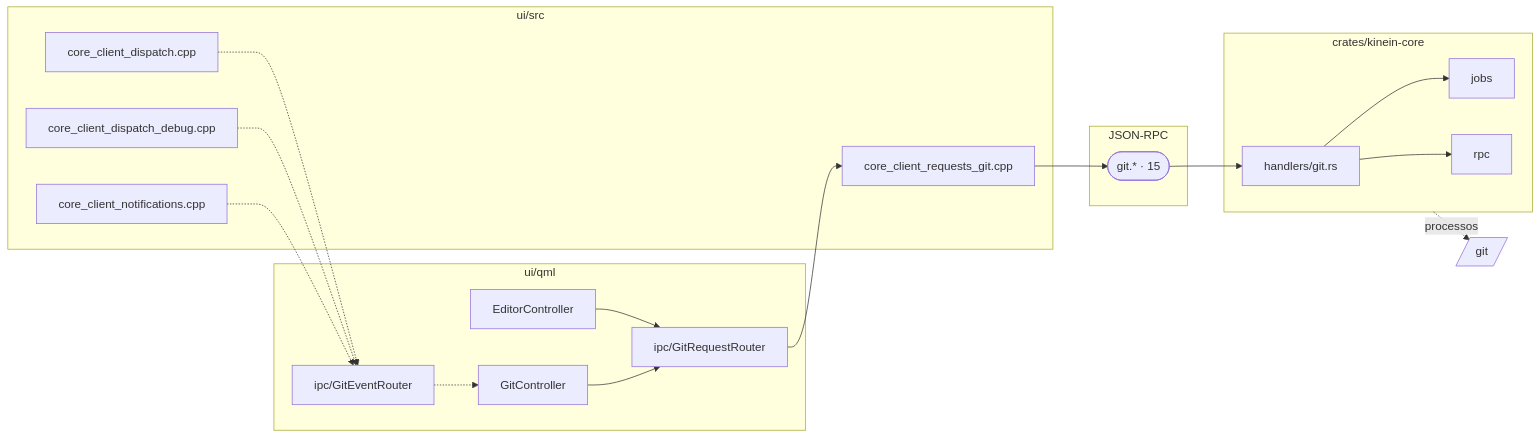
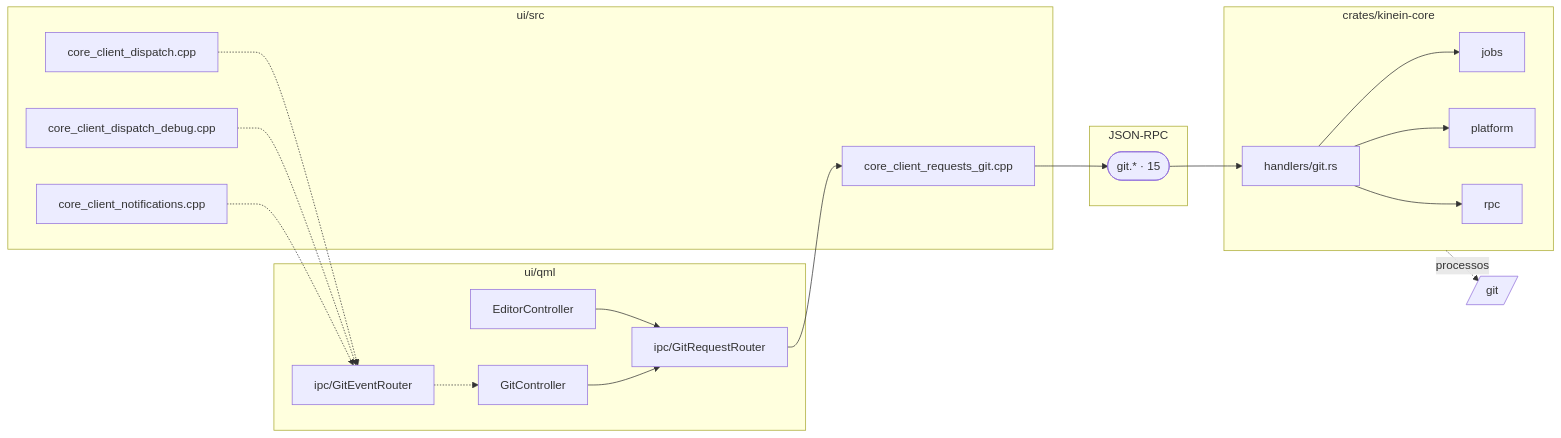
The seventh of 16 diagrams in DocsPublic/arquitetura/01-mapa-de-modulos.md (ViktorWalde/KineinVectis), drawn with Mermaid before and after one commit. The commit also changed other lines of this file and 80 other files, not shown here.

````diff
--- a/DocsPublic/arquitetura/01-mapa-de-modulos.md
+++ b/DocsPublic/arquitetura/01-mapa-de-modulos.md
@@ -617,36 +634,38 @@
 ```mermaid
 flowchart LR
   subgraph QML["ui/qml"]
     n_ui_qml_editor_EditorController_qml["EditorController"]
     n_ui_qml_git_GitController_qml["GitController"]
     n_ui_qml_ipc_GitRequestRouter_qml["ipc/GitRequestRouter"]
     n_ui_qml_ipc_GitEventRouter_qml["ipc/GitEventRouter"]
   end
   subgraph CPP["ui/src"]
     n_ui_src_core_client_dispatch_cpp["core_client_dispatch.cpp"]
     n_ui_src_core_client_dispatch_debug_cpp["core_client_dispatch_debug.cpp"]
     n_ui_src_core_client_notifications_cpp["core_client_notifications.cpp"]
     n_ui_src_core_client_requests_git_cpp["core_client_requests_git.cpp"]
   end
   subgraph IPC["JSON-RPC"]
     n_ipc_git(["git.* · 15"])
   end
   subgraph CORE["crates/kinein-core"]
     n_crates_kinein_core_src_handlers_git_rs["handlers/git.rs"]
     n_core_jobs[jobs]
+    n_core_platform[platform]
     n_core_rpc[rpc]
   end
   n_tools_git[/"git"/]
   n_ui_qml_editor_EditorController_qml --> n_ui_qml_ipc_GitRequestRouter_qml
   n_ui_qml_git_GitController_qml --> n_ui_qml_ipc_GitRequestRouter_qml
   n_ui_qml_ipc_GitEventRouter_qml -.-> n_ui_qml_git_GitController_qml
   n_ui_qml_ipc_GitRequestRouter_qml --> n_ui_src_core_client_requests_git_cpp
   n_ui_src_core_client_dispatch_cpp -.-> n_ui_qml_ipc_GitEventRouter_qml
   n_ui_src_core_client_dispatch_debug_cpp -.-> n_ui_qml_ipc_GitEventRouter_qml
   n_ui_src_core_client_notifications_cpp -.-> n_ui_qml_ipc_GitEventRouter_qml
   n_ui_src_core_client_requests_git_cpp --> n_ipc_git
   n_ipc_git --> n_crates_kinein_core_src_handlers_git_rs
   n_crates_kinein_core_src_handlers_git_rs --> n_core_jobs
+  n_crates_kinein_core_src_handlers_git_rs --> n_core_platform
   n_crates_kinein_core_src_handlers_git_rs --> n_core_rpc
   CORE -.->|processos| n_tools_git
 ```
````
